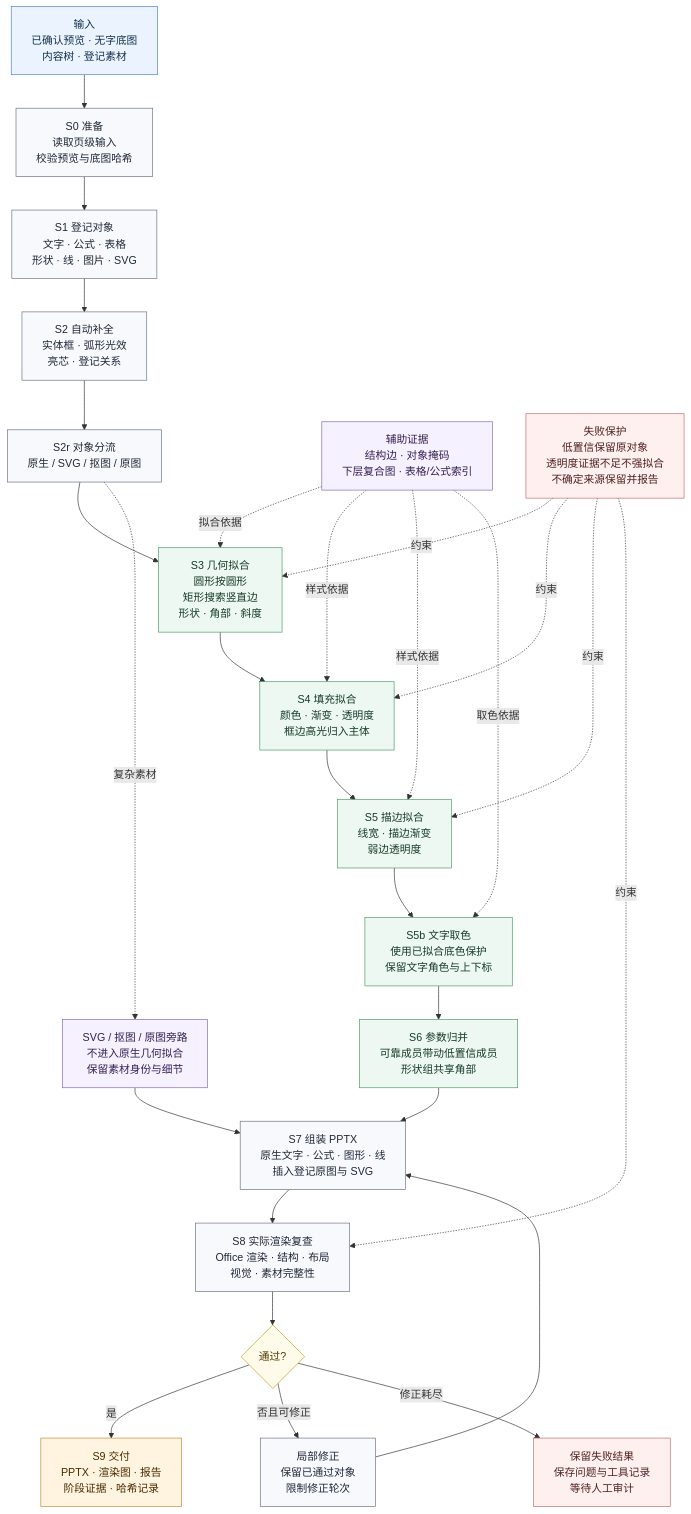
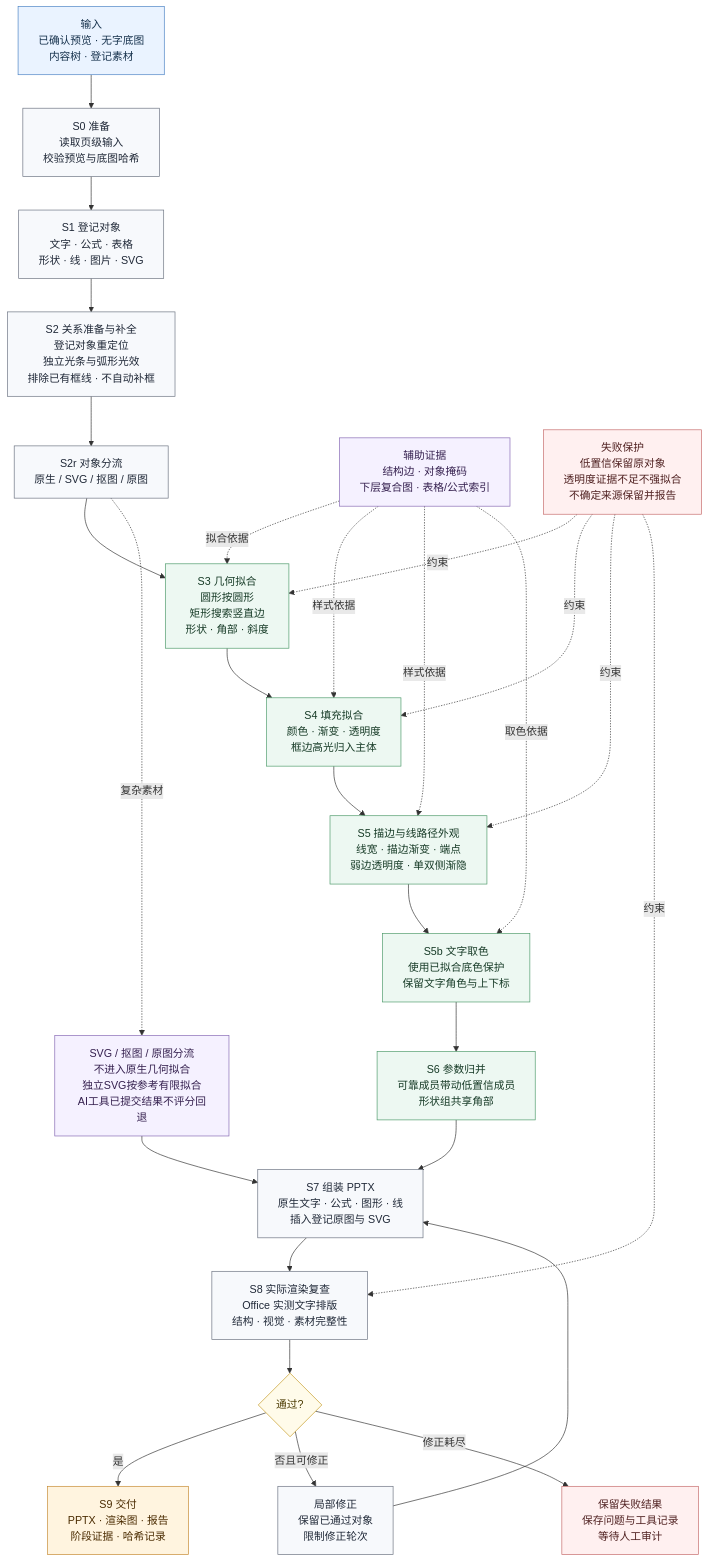
One commit to fang628/NARRAFORM-pptx-workflow changed the diagram in docs/step05-overall-flow.md. Above: the diagram before and after it, drawn with Mermaid. The commit also changed 12 other files, not shown here.

````diff
--- a/docs/step05-overall-flow.md
+++ b/docs/step05-overall-flow.md
@@ -1,47 +1,47 @@
 ```mermaid
 flowchart TD
     classDef input fill:#EAF3FF,stroke:#4B83C4,color:#17324D
     classDef stage fill:#F7F9FC,stroke:#6B7280,color:#202938
     classDef fit fill:#EDF8F2,stroke:#4D9A6A,color:#173B27
     classDef output fill:#FFF4DF,stroke:#C58A32,color:#4A2B00
     classDef decision fill:#FFFBEA,stroke:#C59A22,color:#4A3900
     classDef side fill:#F5F1FF,stroke:#8568B3,color:#35204F
     classDef protect fill:#FFF0F0,stroke:#C56B6B,color:#4F2020
 
     A[输入<br/>已确认预览 · 无字底图<br/>内容树 · 登记素材]:::input
     B[S0 准备<br/>读取页级输入<br/>校验预览与底图哈希]:::stage
     C[S1 登记对象<br/>文字 · 公式 · 表格<br/>形状 · 线 · 图片 · SVG]:::stage
-    D[S2 自动补全<br/>实体框 · 弧形光效<br/>亮芯 · 登记关系]:::stage
+    D[S2 关系准备与补全<br/>登记对象重定位<br/>独立光条与弧形光效<br/>排除已有框线 · 不自动补框]:::stage
     E[S2r 对象分流<br/>原生 / SVG / 抠图 / 原图]:::stage
     F[S3 几何拟合<br/>圆形按圆形<br/>矩形搜索竖直边<br/>形状 · 角部 · 斜度]:::fit
     G[S4 填充拟合<br/>颜色 · 渐变 · 透明度<br/>框边高光归入主体]:::fit
-    H[S5 描边拟合<br/>线宽 · 描边渐变<br/>弱边透明度]:::fit
+    H[S5 描边与线路径外观<br/>线宽 · 描边渐变 · 端点<br/>弱边透明度 · 单双侧渐隐]:::fit
     I[S5b 文字取色<br/>使用已拟合底色保护<br/>保留文字角色与上下标]:::fit
     J[S6 参数归并<br/>可靠成员带动低置信成员<br/>形状组共享角部]:::fit
     K[S7 组装 PPTX<br/>原生文字 · 公式 · 图形 · 线<br/>插入登记原图与 SVG]:::stage
-    L[S8 实际渲染复查<br/>Office 渲染 · 结构 · 布局<br/>视觉 · 素材完整性]:::stage
+    L[S8 实际渲染复查<br/>Office 实测文字排版<br/>结构 · 视觉 · 素材完整性]:::stage
     M{通过?}:::decision
     N[S9 交付<br/>PPTX · 渲染图 · 报告<br/>阶段证据 · 哈希记录]:::output
     O[局部修正<br/>保留已通过对象<br/>限制修正轮次]:::stage
     P[保留失败结果<br/>保存问题与工具记录<br/>等待人工审计]:::protect
 
     A --> B --> C --> D --> E --> F --> G --> H --> I --> J --> K --> L --> M
     M -- 是 --> N
     M -- 否且可修正 --> O --> K
     M -- 修正耗尽 --> P
 
-    Q[SVG / 抠图 / 原图旁路<br/>不进入原生几何拟合<br/>保留素材身份与细节]:::side
+    Q[SVG / 抠图 / 原图分流<br/>不进入原生几何拟合<br/>独立SVG按参考有限拟合<br/>AI工具已提交结果不评分回退]:::side
     R[辅助证据<br/>结构边 · 对象掩码<br/>下层复合图 · 表格/公式索引]:::side
     S[失败保护<br/>低置信保留原对象<br/>透明度证据不足不强拟合<br/>不确定来源保留并报告]:::protect
 
     E -. 复杂素材 .-> Q
     Q --> K
     R -. 拟合依据 .-> F
     R -. 样式依据 .-> G
     R -. 样式依据 .-> H
     R -. 取色依据 .-> I
     S -. 约束 .-> F
     S -. 约束 .-> G
     S -. 约束 .-> H
     S -. 约束 .-> L
 ```
````
